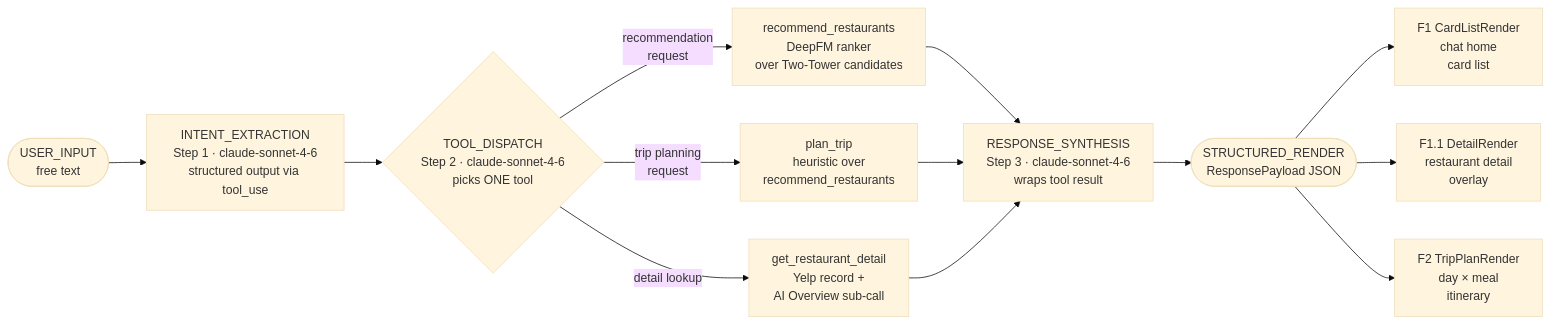
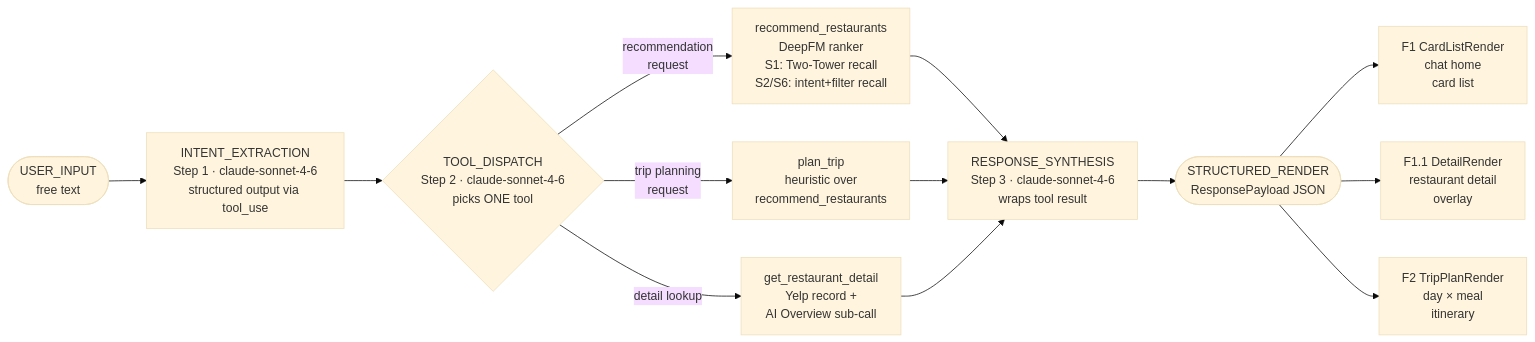
Before and after one commit to Zimengyi/Yelp-Recommendation-System: the diagram in docs/prd/PRD_v1_section3.2_LLM_v2.md, drawn with Mermaid (base theme). The commit also changed other lines of this file and 4 other files, not shown here.

````diff
--- a/docs/prd/PRD_v1_section3.2_LLM_v2.md
+++ b/docs/prd/PRD_v1_section3.2_LLM_v2.md
@@ -17,19 +17,19 @@
 ```mermaid
 flowchart LR
     A([USER_INPUT\nfree text]) --> B[INTENT_EXTRACTION\nStep 1 · claude-sonnet-4-6\nstructured output via tool_use]
     B --> C{TOOL_DISPATCH\nStep 2 · claude-sonnet-4-6\npicks ONE tool}
 
-    C -->|recommendation\nrequest| D[recommend_restaurants\nDeepFM ranker\nover Two-Tower candidates]
+    C -->|recommendation\nrequest| D[recommend_restaurants\nDeepFM ranker\nS1: Two-Tower recall\nS2/S6: intent+filter recall]
     C -->|trip planning\nrequest| E[plan_trip\nheuristic over\nrecommend_restaurants]
     C -->|detail lookup| F[get_restaurant_detail\nYelp record +\nAI Overview sub-call]
 
     D --> G[RESPONSE_SYNTHESIS\nStep 3 · claude-sonnet-4-6\nwraps tool result]
     E --> G
     F --> G
 
     G --> H([STRUCTURED_RENDER\nResponsePayload JSON])
 
     H --> I[F1 CardListRender\nchat home\ncard list]
     H --> J[F1.1 DetailRender\nrestaurant detail\noverlay]
     H --> K[F2 TripPlanRender\nday × meal\nitinerary]
 ```
````
